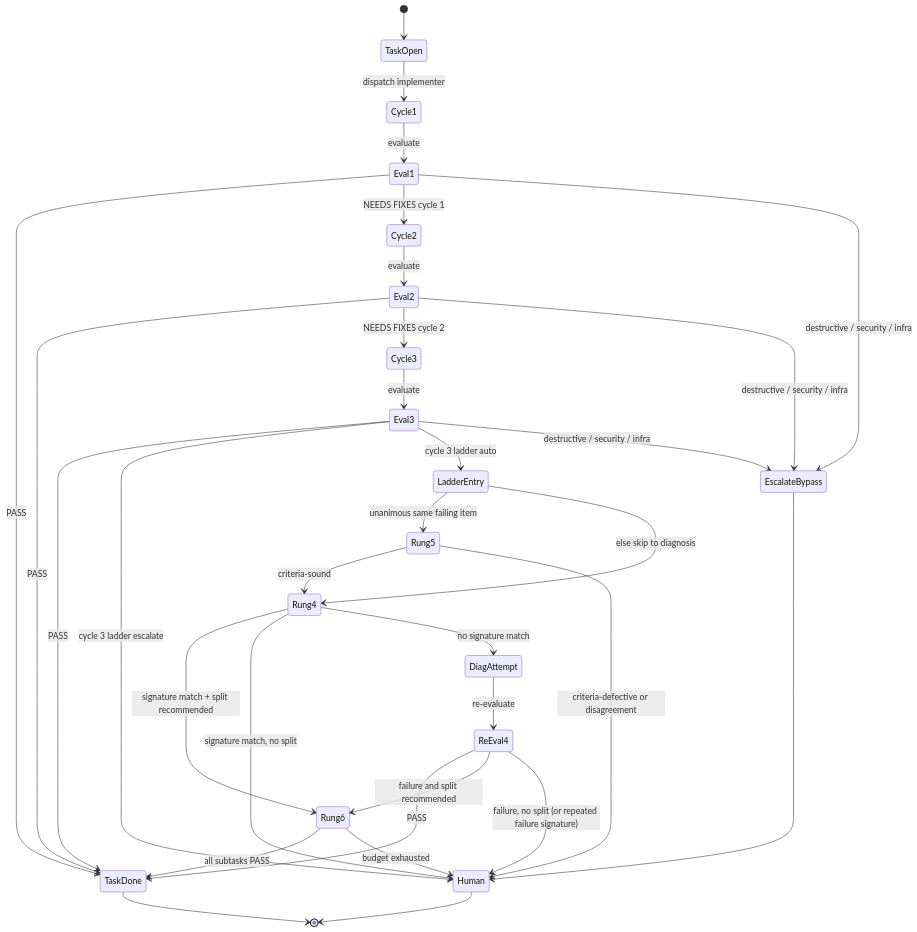
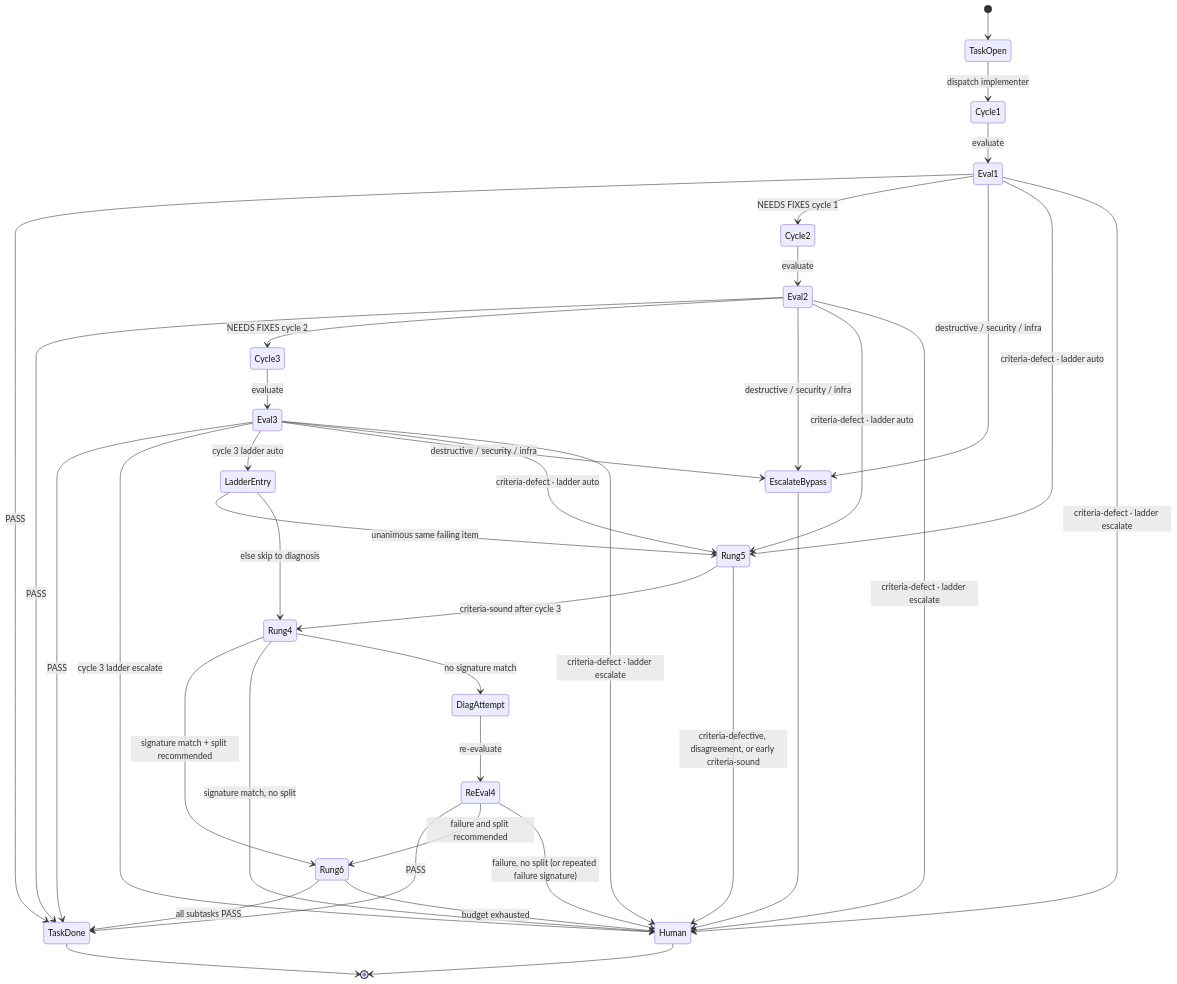
The second of 3 diagrams in docs/agent-kit/guide/feature-workflow.md (kdcllc/skills), drawn with Mermaid before and after one commit. The commit also changed other lines of this file and 341 other files, not shown here.

````diff
--- a/docs/agent-kit/guide/feature-workflow.md
+++ b/docs/agent-kit/guide/feature-workflow.md
@@ -73,34 +73,40 @@
 ```mermaid
 stateDiagram-v2
     [*] --> TaskOpen
     TaskOpen --> Cycle1: dispatch implementer
     Cycle1 --> Eval1: evaluate
     Eval1 --> TaskDone: PASS
     Eval1 --> Cycle2: NEEDS FIXES cycle 1
     Cycle2 --> Eval2: evaluate
     Eval2 --> TaskDone: PASS
     Eval2 --> Cycle3: NEEDS FIXES cycle 2
     Cycle3 --> Eval3: evaluate
     Eval3 --> TaskDone: PASS
     Eval3 --> Human: cycle 3 ladder escalate
     Eval3 --> LadderEntry: cycle 3 ladder auto
     Eval1 --> EscalateBypass: destructive / security / infra
     Eval2 --> EscalateBypass: destructive / security / infra
     Eval3 --> EscalateBypass: destructive / security / infra
+    Eval1 --> Rung5: criteria-defect · ladder auto
+    Eval2 --> Rung5: criteria-defect · ladder auto
+    Eval3 --> Rung5: criteria-defect · ladder auto
+    Eval1 --> Human: criteria-defect · ladder escalate
+    Eval2 --> Human: criteria-defect · ladder escalate
+    Eval3 --> Human: criteria-defect · ladder escalate
     LadderEntry --> Rung5: unanimous same failing item
     LadderEntry --> Rung4: else skip to diagnosis
-    Rung5 --> Rung4: criteria-sound
-    Rung5 --> Human: criteria-defective or disagreement
+    Rung5 --> Rung4: criteria-sound after cycle 3
+    Rung5 --> Human: criteria-defective, disagreement, or early criteria-sound
     Rung4 --> Rung6: signature match + split recommended
     Rung4 --> Human: signature match, no split
     Rung4 --> DiagAttempt: no signature match
     DiagAttempt --> ReEval4: re-evaluate
     ReEval4 --> TaskDone: PASS
     ReEval4 --> Rung6: failure and split recommended
     ReEval4 --> Human: failure, no split (or repeated failure signature)
     Rung6 --> TaskDone: all subtasks PASS
     Rung6 --> Human: budget exhausted
     EscalateBypass --> Human
     TaskDone --> [*]
     Human --> [*]
 ```
````
